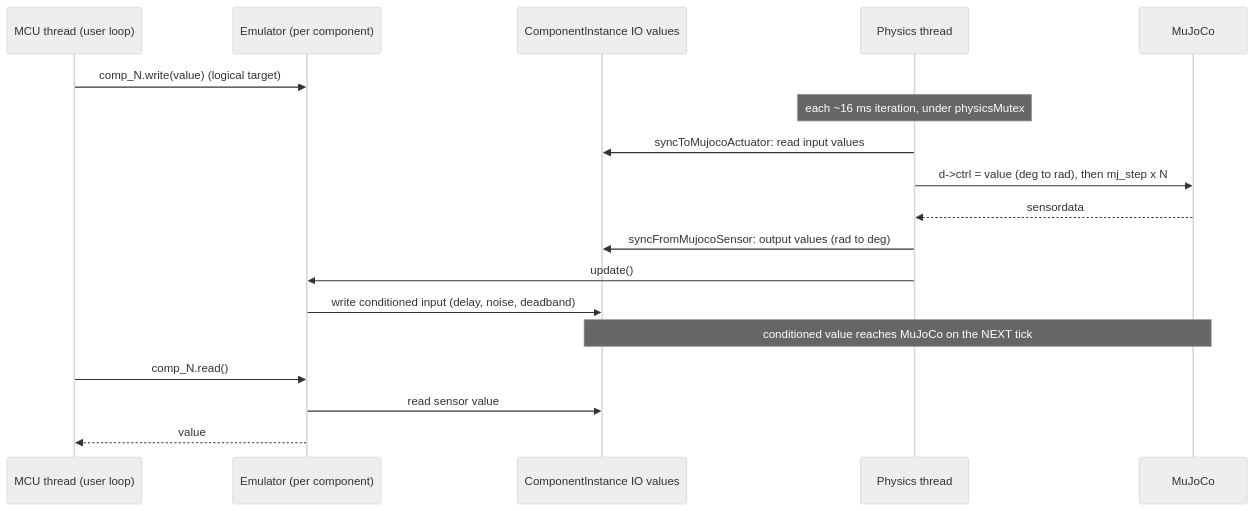
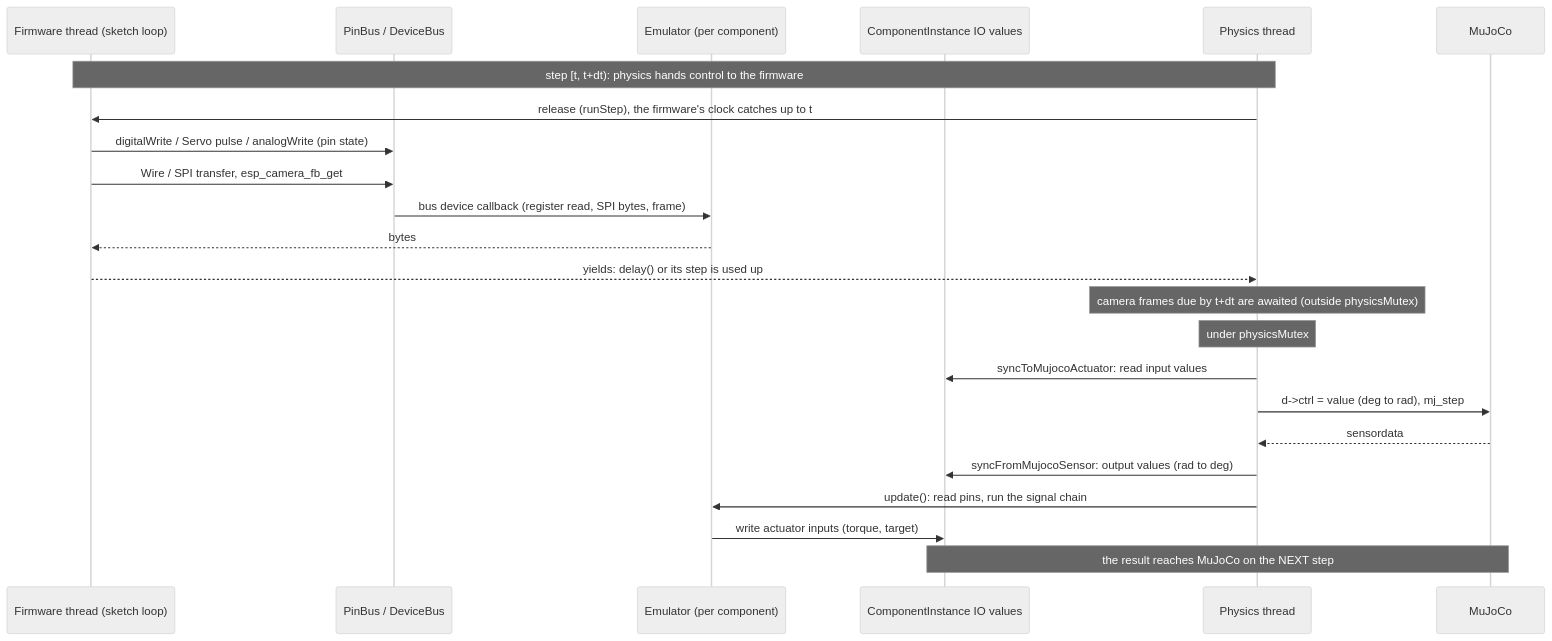
One commit to alfaiajanon/RoboticsStudio changed the diagram in docs/dev/sim-to-real.md. Above: the diagram before and after it, drawn with Mermaid (neutral theme). The commit also changed other lines of this file and 747 other files, not shown here.

First line of the commit message:
architecture v2: phase 1

````diff
--- a/docs/dev/sim-to-real.md
+++ b/docs/dev/sim-to-real.md
@@ -15,21 +17,26 @@
 ```mermaid
 sequenceDiagram
-    participant JS as MCU thread (user loop)
+    participant FW as Firmware thread (sketch loop)
+    participant BUS as PinBus / DeviceBus
     participant EM as Emulator (per component)
     participant IO as ComponentInstance IO values
     participant PH as Physics thread
     participant MJ as MuJoCo
 
-    JS->>EM: comp_N.write(value)  (logical target)
-    Note over PH: each ~16 ms iteration, under physicsMutex
+    Note over PH,FW: step [t, t+dt): physics hands control to the firmware
+    PH->>FW: release (runStep), the firmware's clock catches up to t
+    FW->>BUS: digitalWrite / Servo pulse / analogWrite (pin state)
+    FW->>BUS: Wire / SPI transfer, esp_camera_fb_get
+    BUS->>EM: bus device callback (register read, SPI bytes, frame)
+    EM-->>FW: bytes
+    FW-->>PH: yields: delay() or its step is used up
+    Note over PH: camera frames due by t+dt are awaited (outside physicsMutex)
+    Note over PH: under physicsMutex
     PH->>IO: syncToMujocoActuator: read input values
-    PH->>MJ: d->ctrl = value (deg to rad), then mj_step x N
+    PH->>MJ: d->ctrl = value (deg to rad), mj_step
     MJ-->>PH: sensordata
     PH->>IO: syncFromMujocoSensor: output values (rad to deg)
-    PH->>EM: update()
-    EM->>IO: write conditioned input (delay, noise, deadband)
-    Note over IO,MJ: conditioned value reaches MuJoCo on the NEXT tick
-    JS->>EM: comp_N.read()
-    EM->>IO: read sensor value
-    EM-->>JS: value
+    PH->>EM: update(): read pins, run the signal chain
+    EM->>IO: write actuator inputs (torque, target)
+    Note over IO,MJ: the result reaches MuJoCo on the NEXT step
 ```
````
